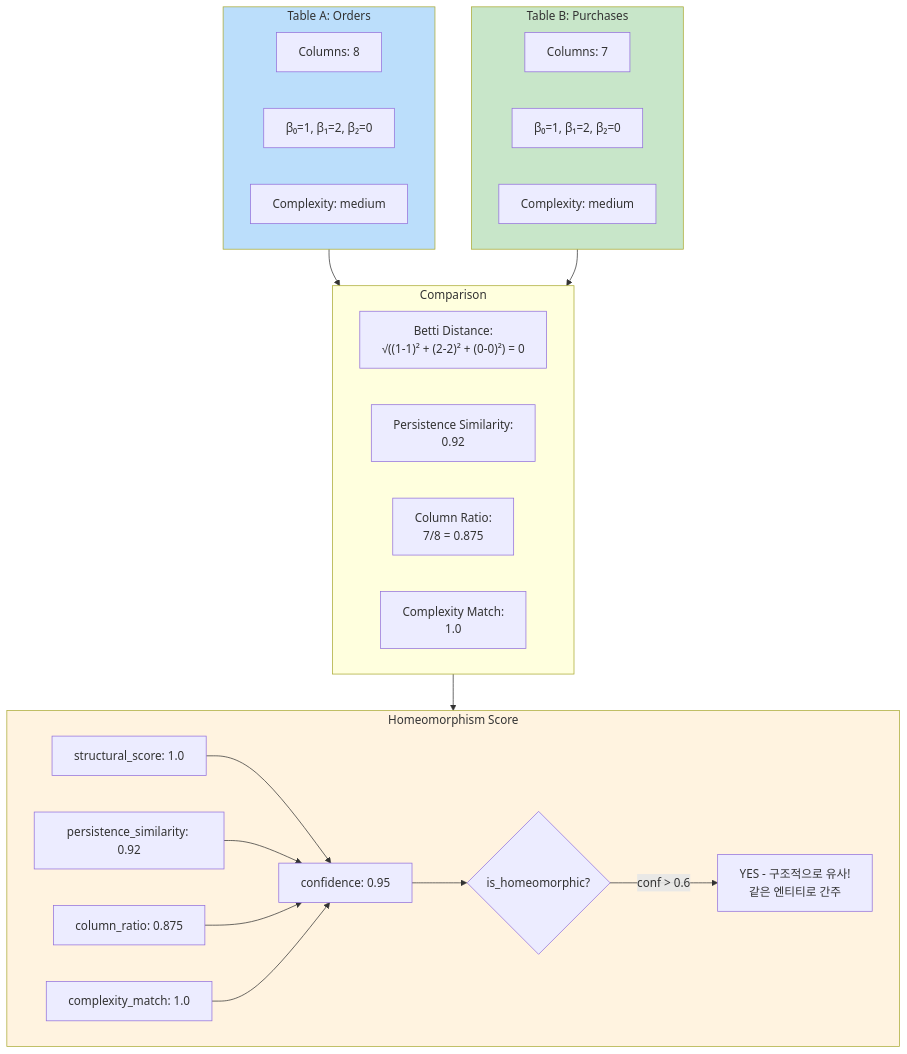
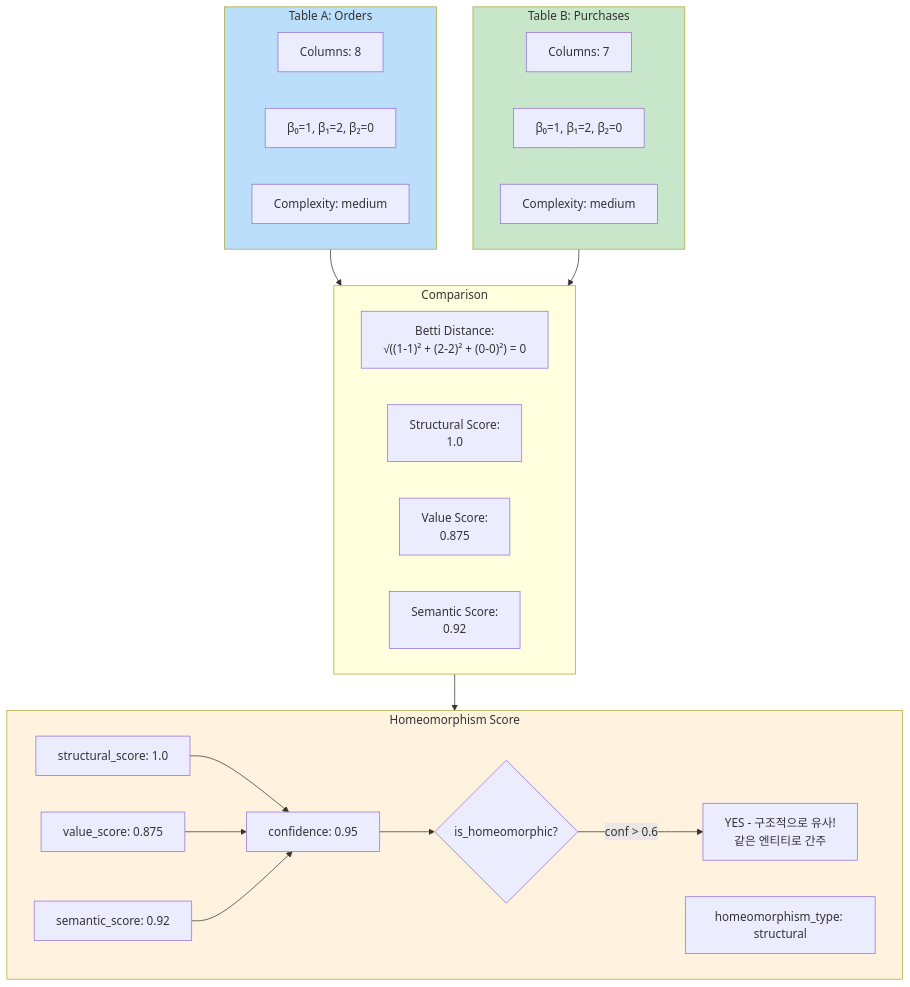
Before and after one commit to sabill123/ontology: the fourth of 11 diagrams in docs/diagrams/07-tda-analysis.md, drawn with Mermaid. The commit also changed other lines of this file and 176 other files, not shown here.

````diff
--- a/docs/diagrams/07-tda-analysis.md
+++ b/docs/diagrams/07-tda-analysis.md
@@ -144,42 +144,42 @@
 ```mermaid
 flowchart TB
     subgraph TABLE_A["Table A: Orders"]
         TA1["Columns: 8"]
         TA2["β₀=1, β₁=2, β₂=0"]
         TA3["Complexity: medium"]
     end
 
     subgraph TABLE_B["Table B: Purchases"]
         TB1["Columns: 7"]
         TB2["β₀=1, β₁=2, β₂=0"]
         TB3["Complexity: medium"]
     end
 
     subgraph COMPARE["Comparison"]
         C1["Betti Distance:<br/>√((1-1)² + (2-2)² + (0-0)²) = 0"]
-        C2["Persistence Similarity:<br/>0.92"]
-        C3["Column Ratio:<br/>7/8 = 0.875"]
-        C4["Complexity Match:<br/>1.0"]
+        C2["Structural Score:<br/>1.0"]
+        C3["Value Score:<br/>0.875"]
+        C4["Semantic Score:<br/>0.92"]
     end
 
     subgraph SCORE["Homeomorphism Score"]
-        S1["structural_score: 1.0"]
-        S2["persistence_similarity: 0.92"]
-        S3["column_ratio: 0.875"]
-        S4["complexity_match: 1.0"]
-        S5["confidence: 0.95"]
+        S1["confidence: 0.95"]
+        S2["homeomorphism_type: structural"]
+        S3["structural_score: 1.0"]
+        S4["value_score: 0.875"]
+        S5["semantic_score: 0.92"]
         S6{is_homeomorphic?}
         S7["YES - 구조적으로 유사!<br/>같은 엔티티로 간주"]
     end
 
     TABLE_A --> COMPARE
     TABLE_B --> COMPARE
     COMPARE --> SCORE
-    S1 & S2 & S3 & S4 --> S5
-    S5 --> S6
+    S3 & S4 & S5 --> S1
+    S1 --> S6
     S6 -->|conf > 0.6| S7
 
     style TABLE_A fill:#bbdefb
     style TABLE_B fill:#c8e6c9
     style SCORE fill:#fff3e0
 ```
````
